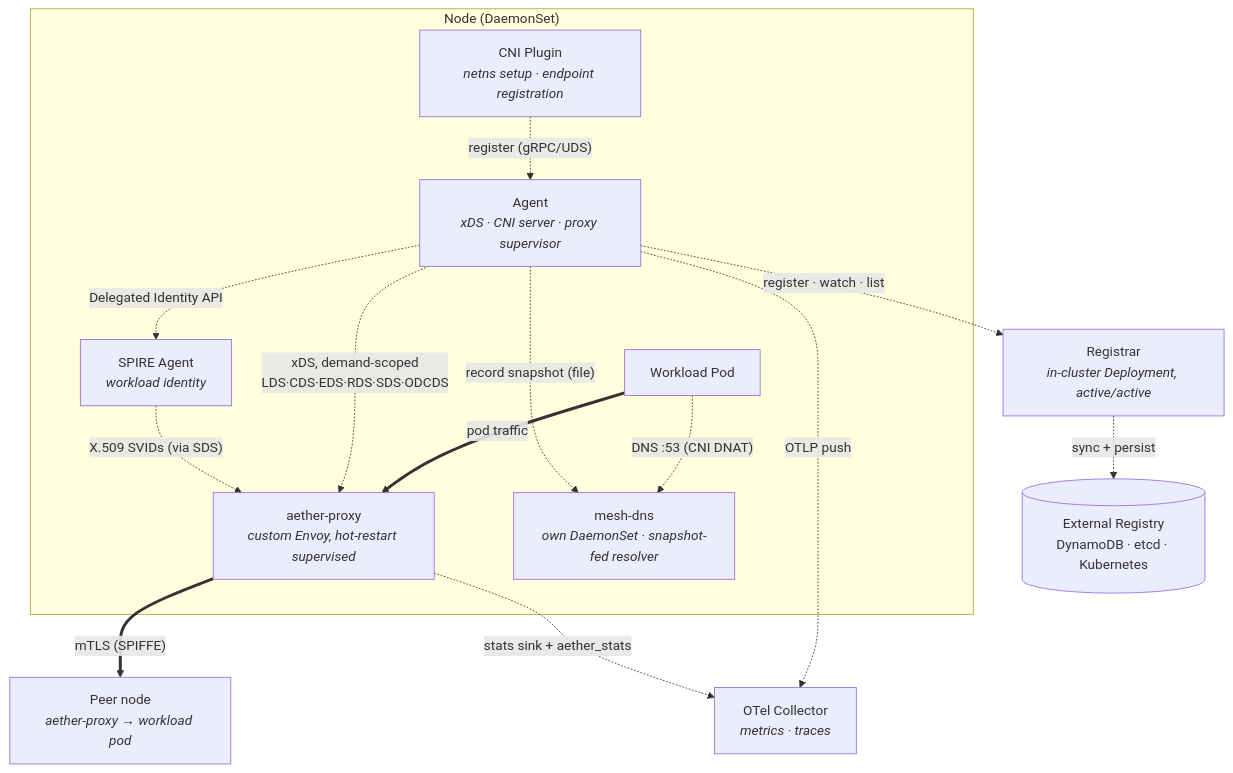
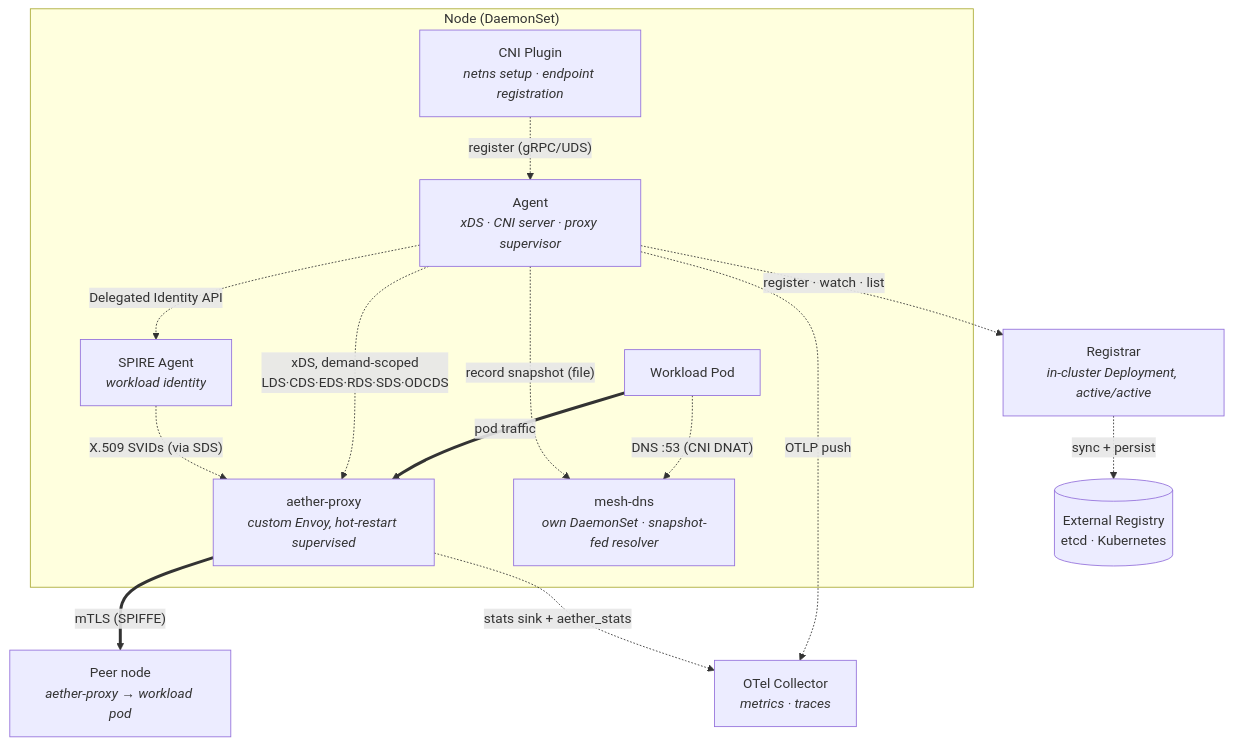
Before and after one commit to bpalermo/aether: the diagram in README.md, drawn with Mermaid. The commit also changed other lines of this file and 35 other files, not shown here.

````diff
--- a/README.md
+++ b/README.md
@@ -9,32 +9,32 @@
 ```mermaid
 graph TD
     subgraph node["Node (DaemonSet)"]
         Pod["Workload Pod"]
         CNI["CNI Plugin<br/><i>netns setup · endpoint registration</i>"]
         Agent["Agent<br/><i>xDS · CNI server · proxy supervisor</i>"]
         Proxy["aether-proxy<br/><i>custom Envoy, hot-restart supervised</i>"]
         MeshDNS["mesh-dns<br/><i>own DaemonSet · snapshot-fed resolver</i>"]
         SPIRE["SPIRE Agent<br/><i>workload identity</i>"]
 
         Pod == "pod traffic" ==> Proxy
         Pod -. "DNS :53 (CNI DNAT)" .-> MeshDNS
         Agent -. "record snapshot (file)" .-> MeshDNS
         CNI -. "register (gRPC/UDS)" .-> Agent
         Agent -. "xDS, demand-scoped<br/>LDS·CDS·EDS·RDS·SDS·ODCDS" .-> Proxy
         Agent -. "Delegated Identity API" .-> SPIRE
         SPIRE -. "X.509 SVIDs (via SDS)" .-> Proxy
     end
 
     Peer["Peer node<br/><i>aether-proxy → workload pod</i>"]
     Proxy == "mTLS (SPIFFE)" ==> Peer
 
     Registrar["Registrar<br/><i>in-cluster Deployment, active/active</i>"]
     Agent -. "register · watch · list" .-> Registrar
 
-    Registry[("External Registry<br/>DynamoDB · etcd · Kubernetes")]
+    Registry[("External Registry<br/>etcd · Kubernetes")]
     Registrar -. "sync + persist" .-> Registry
 
     OTel["OTel Collector<br/><i>metrics · traces</i>"]
     Agent -. "OTLP push" .-> OTel
     Proxy -. "stats sink + aether_stats" .-> OTel
 ```
````
